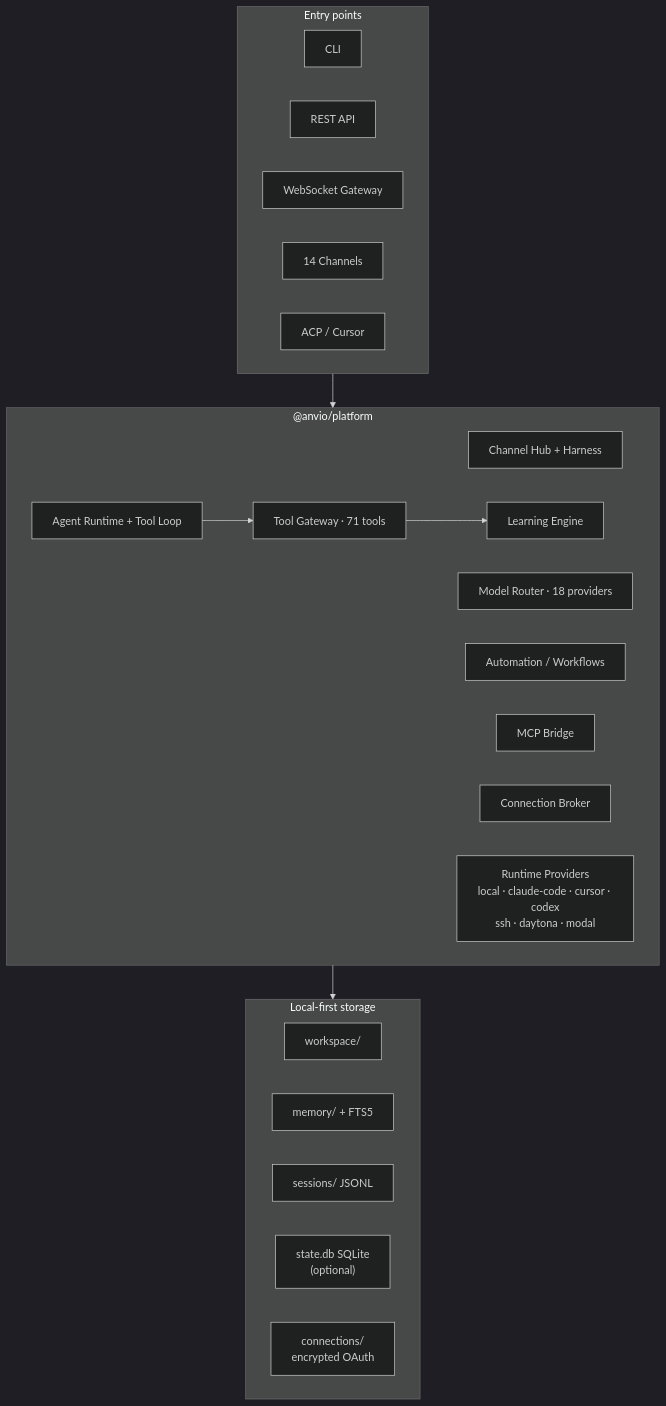
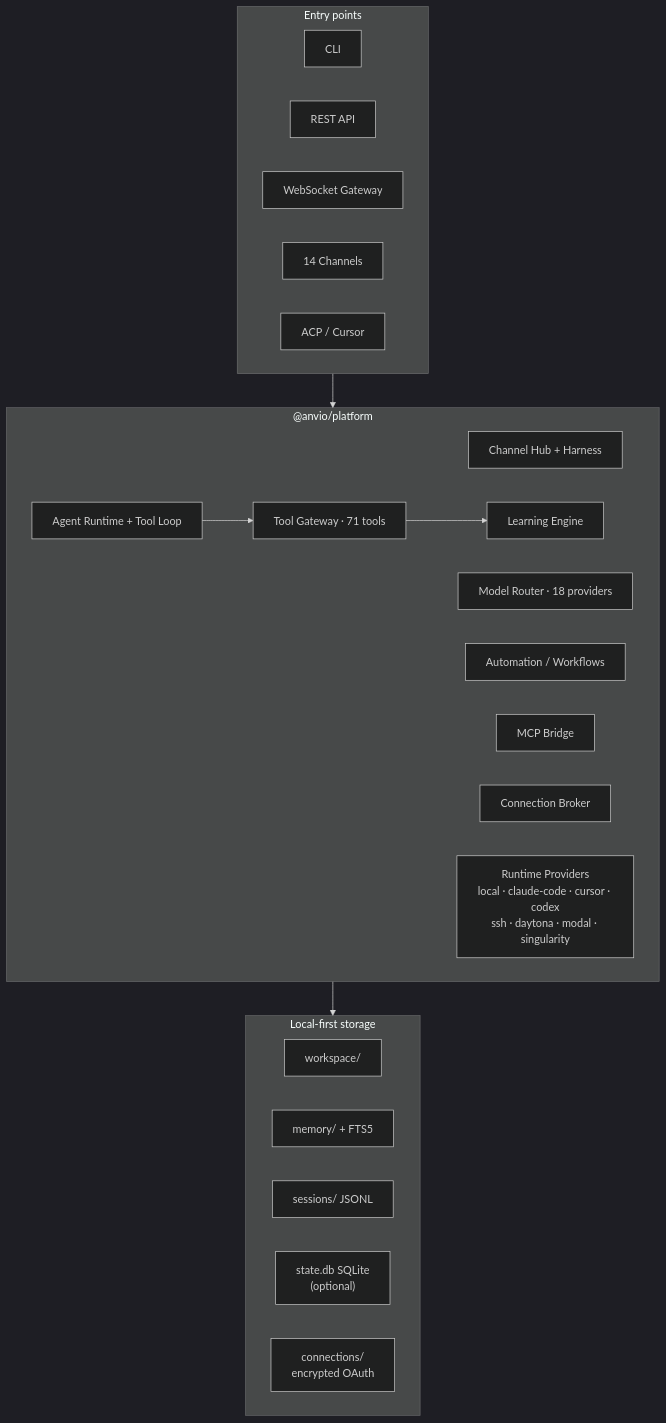
Before and after one commit to viantonugroho11/Anvio: the sixth of 7 diagrams in README.md, drawn with Mermaid (dark theme). The commit also changed other lines of this file and 20 other files, not shown here.

First line of the commit message:
feat(runtimes): add Nous Portal OAuth, Singularity runtime, and Atropos live fallback

````diff
--- a/README.md
+++ b/README.md
@@ -914,34 +918,34 @@
 ```mermaid
 flowchart TB
     subgraph Entry["Entry points"]
         CLI["CLI"]
         API["REST API"]
         GW["WebSocket Gateway"]
         CHN["14 Channels"]
         ACP["ACP / Cursor"]
     end
 
     subgraph Platform["@anvio/platform"]
         HUB["Channel Hub + Harness"]
         RT["Agent Runtime + Tool Loop"]
         LE["Learning Engine"]
         TG["Tool Gateway · 71 tools"]
         RTG["Model Router · 18 providers"]
         AUTO["Automation / Workflows"]
         MCP["MCP Bridge"]
         CONN["Connection Broker"]
-        RUN["Runtime Providers<br/>local · claude-code · cursor · codex<br/>ssh · daytona · modal"]
+        RUN["Runtime Providers<br/>local · claude-code · cursor · codex<br/>ssh · daytona · modal · singularity"]
     end
 
     subgraph Data["Local-first storage"]
         WS["workspace/"]
         MEM["memory/ + FTS5"]
         SESS["sessions/ JSONL"]
         SQL["state.db SQLite<br/>(optional)"]
         CONN2["connections/<br/>encrypted OAuth"]
     end
 
     Entry --> Platform
     RT --> TG --> LE
     Platform --> Data
 ```
````
